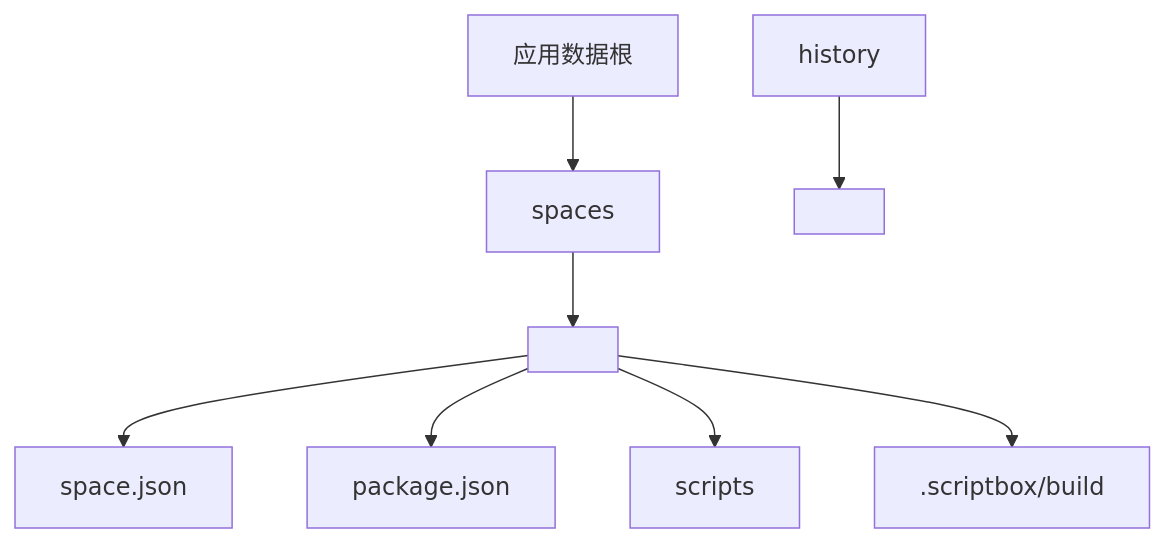
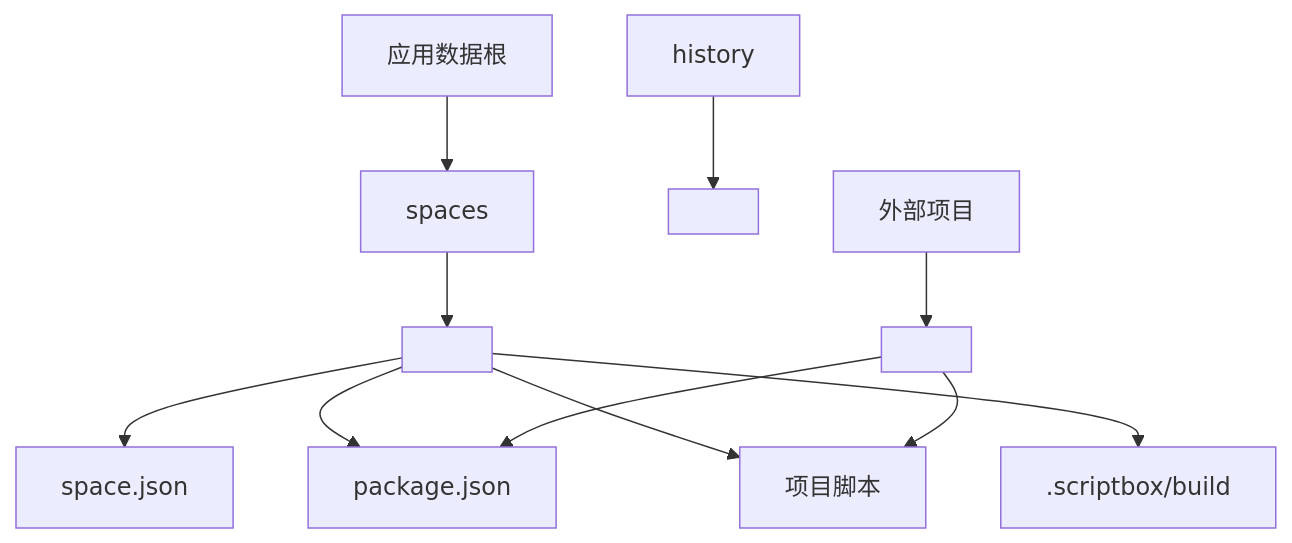
The tenth of 11 diagrams in .qoder/repowiki/zh/content/核心服务层/Space 服务（项目空间管理）.md (hozeeee/script-box), drawn with Mermaid before and after one commit. The commit also changed other lines of this file and 76 other files, not shown here.

````diff
--- a/.qoder/repowiki/zh/content/核心服务层/Space 服务（项目空间管理）.md
+++ b/.qoder/repowiki/zh/content/核心服务层/Space 服务（项目空间管理）.md
@@ -318,10 +444,13 @@
 ```mermaid
 flowchart TD
 Root["应用数据根"] --> Spaces["spaces"]
 Spaces --> SpaceDir["<id>"]
 SpaceDir --> Meta["space.json"]
 SpaceDir --> Pkg["package.json"]
 SpaceDir --> Scripts["scripts"]
 SpaceDir --> Build[".scriptbox/build"]
 History["history"] --> HistDir["<spaceId>"]
+External["外部项目"] --> ProjectDir["<projectPath>"]
+ProjectDir --> Pkg["package.json"]
+ProjectDir --> Scripts["项目脚本"]
 ```
````
